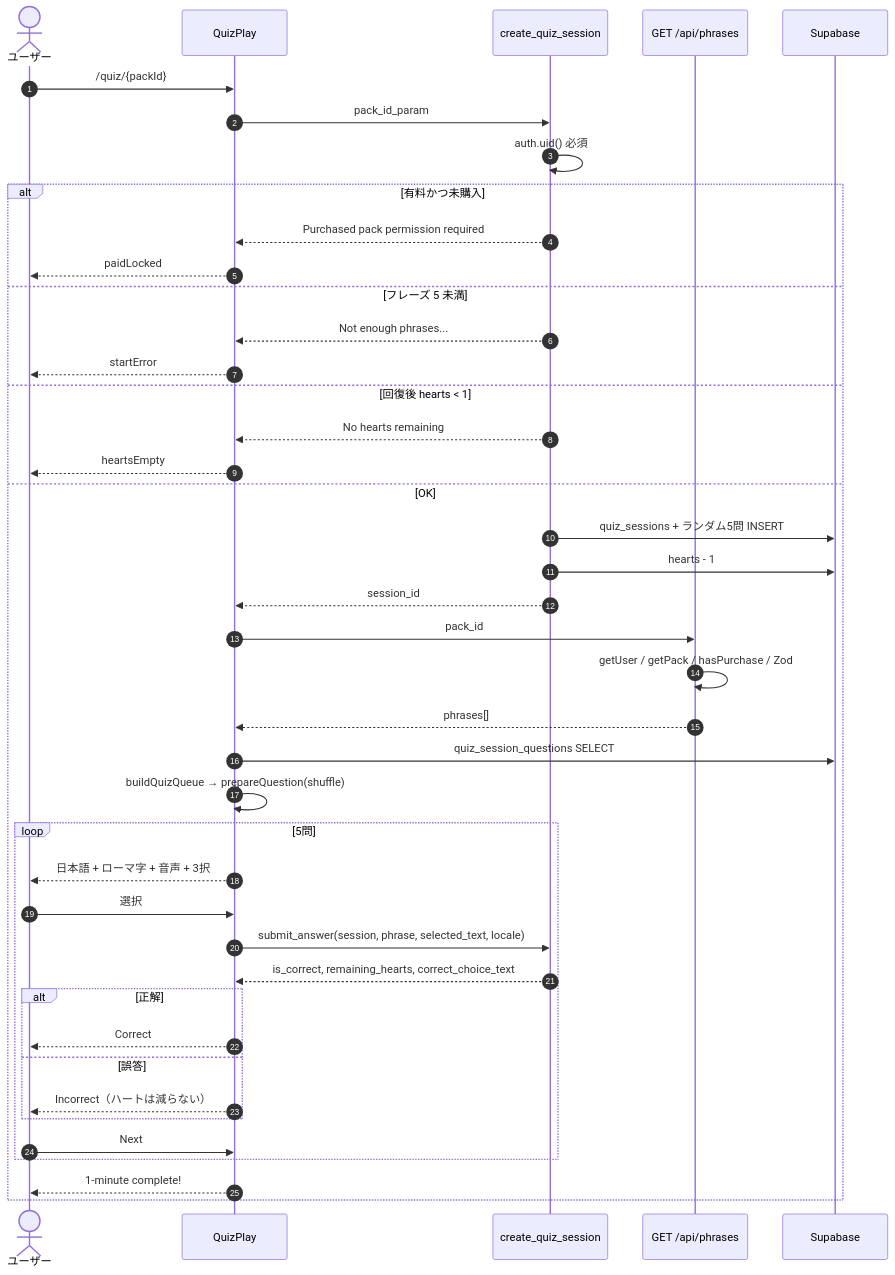
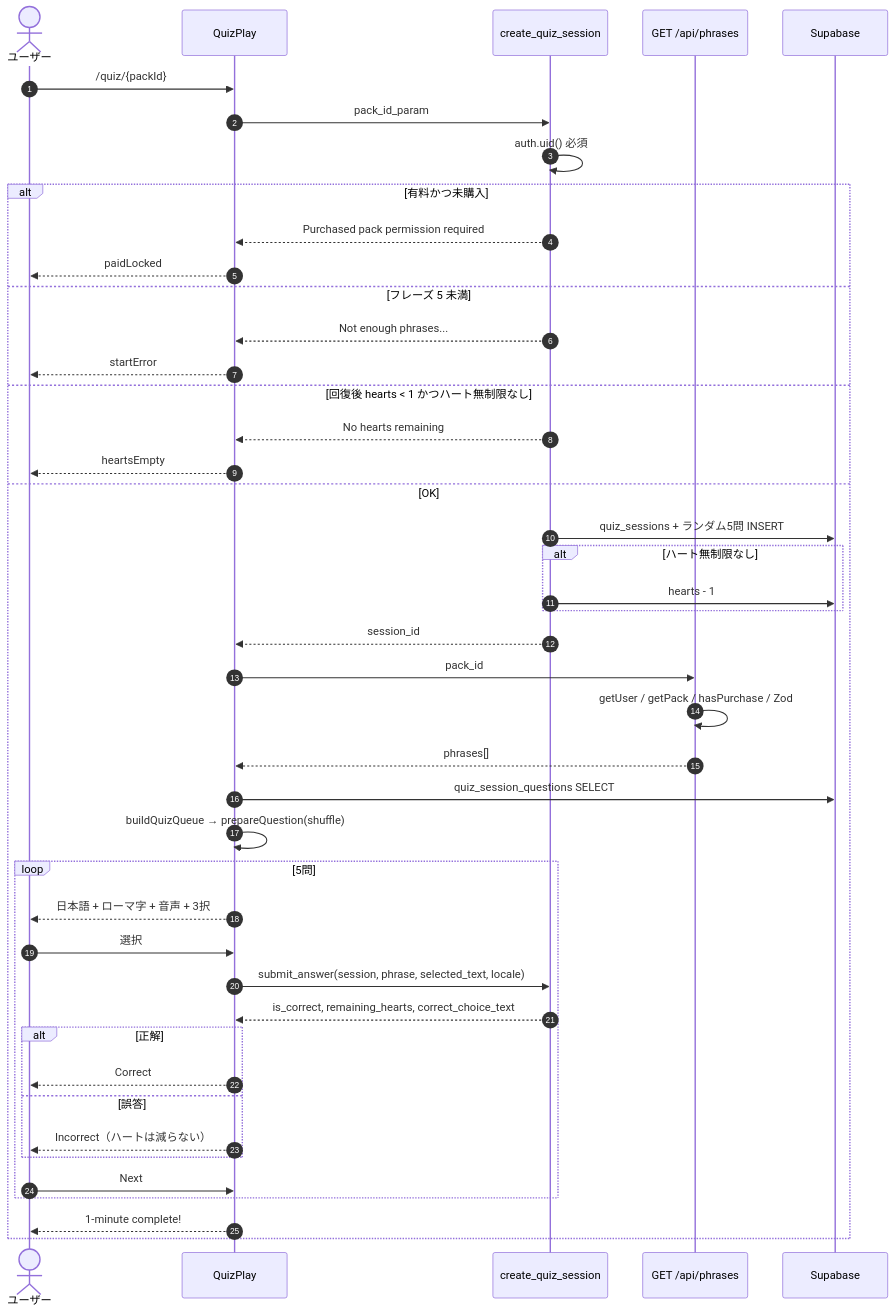
The fourth of 8 diagrams in docs/design/3_sequence_and_flow.md (atosantasan/japanki), drawn with Mermaid before and after one commit. The commit also changed other lines of this file and 42 other files, not shown here.

````diff
--- a/docs/design/3_sequence_and_flow.md
+++ b/docs/design/3_sequence_and_flow.md
@@ -135,45 +136,47 @@
 ```mermaid
 sequenceDiagram
     autonumber
     actor User as ユーザー
     participant UI as QuizPlay
     participant RPC as create_quiz_session
     participant API as GET /api/phrases
     participant DB as Supabase
 
     User->>UI: /quiz/{packId}
     UI->>RPC: pack_id_param
     RPC->>RPC: auth.uid() 必須
     alt 有料かつ未購入
         RPC-->>UI: Purchased pack permission required
         UI-->>User: paidLocked
     else フレーズ 5 未満
         RPC-->>UI: Not enough phrases...
         UI-->>User: startError
-    else 回復後 hearts < 1
+    else 回復後 hearts < 1 かつハート無制限なし
         RPC-->>UI: No hearts remaining
         UI-->>User: heartsEmpty
     else OK
         RPC->>DB: quiz_sessions + ランダム5問 INSERT
-        RPC->>DB: hearts - 1
+        alt ハート無制限なし
+            RPC->>DB: hearts - 1
+        end
         RPC-->>UI: session_id
         UI->>API: pack_id
         API->>API: getUser / getPack / hasPurchase / Zod
         API-->>UI: phrases[]
         UI->>DB: quiz_session_questions SELECT
         UI->>UI: buildQuizQueue → prepareQuestion(shuffle)
         loop 5問
             UI-->>User: 日本語 + ローマ字 + 音声 + 3択
             User->>UI: 選択
             UI->>RPC: submit_answer(session, phrase, selected_text, locale)
             RPC-->>UI: is_correct, remaining_hearts, correct_choice_text
             alt 正解
                 UI-->>User: Correct
             else 誤答
                 UI-->>User: Incorrect（ハートは減らない）
             end
             User->>UI: Next
         end
         UI-->>User: 1-minute complete!
     end
 ```
````
